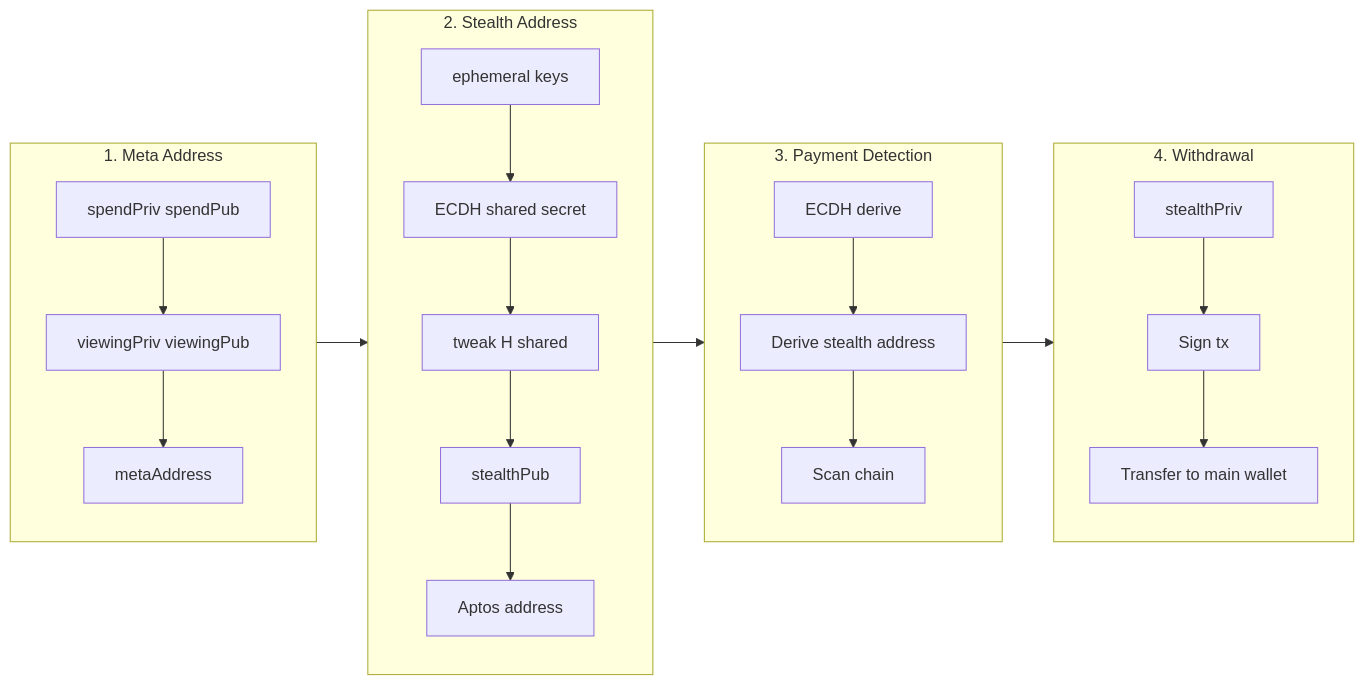
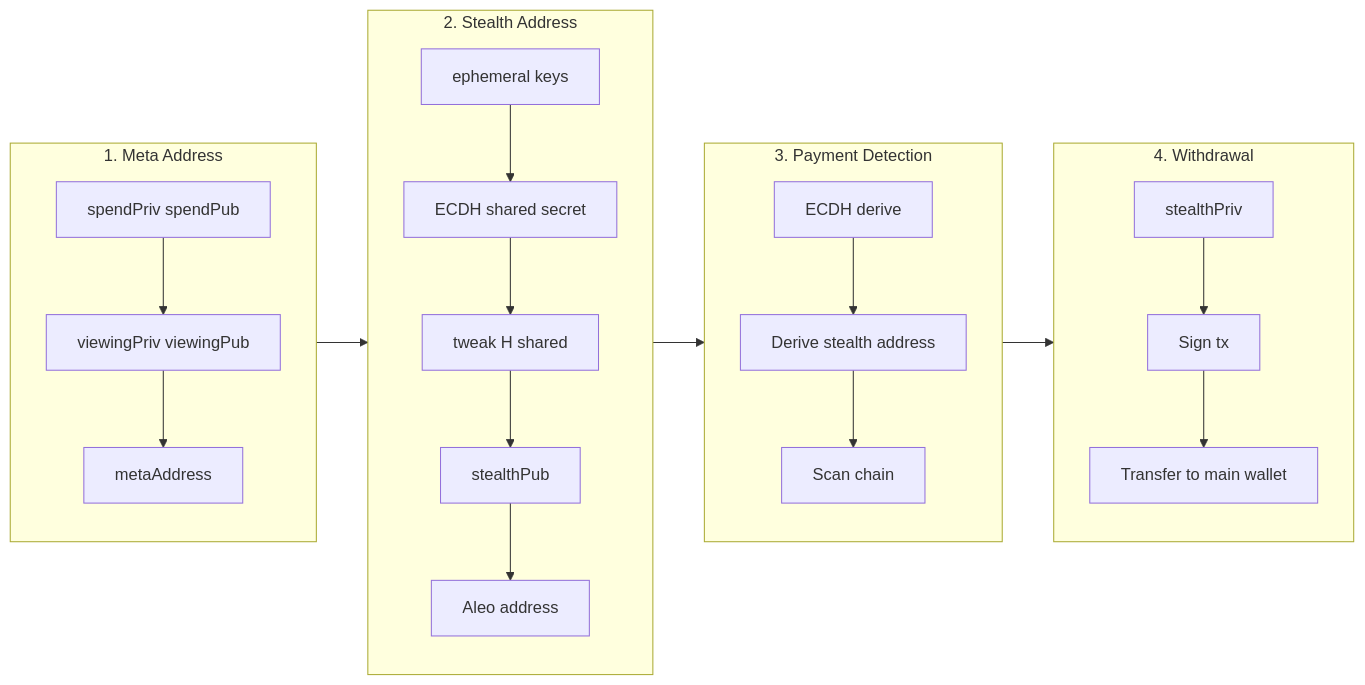
One commit to AmaanSayyad/PrivatePay-Aleo changed the third of 6 diagrams in README.md. Above: the diagram before and after it, drawn with Mermaid. The commit also changed other lines of this file and 40 other files, not shown here.

````diff
--- a/README.md
+++ b/README.md
@@ -238,22 +236,22 @@
 ```mermaid
 flowchart LR
   subgraph Meta["1. Meta Address"]
     A1["spendPriv spendPub"] --> A2["viewingPriv viewingPub"]
     A2 --> A3["metaAddress"]
   end
   subgraph Stealth["2. Stealth Address"]
     B1["ephemeral keys"] --> B2["ECDH shared secret"]
     B2 --> B3["tweak H shared"]
     B3 --> B4["stealthPub"]
-    B4 --> B5["Aptos address"]
+    B4 --> B5["Aleo address"]
   end
   subgraph Detect["3. Payment Detection"]
     C1["ECDH derive"] --> C2["Derive stealth address"]
     C2 --> C3["Scan chain"]
   end
   subgraph Withdraw["4. Withdrawal"]
     D1["stealthPriv"] --> D2["Sign tx"]
     D2 --> D3["Transfer to main wallet"]
   end
   Meta --> Stealth --> Detect --> Withdraw
 ```
````
